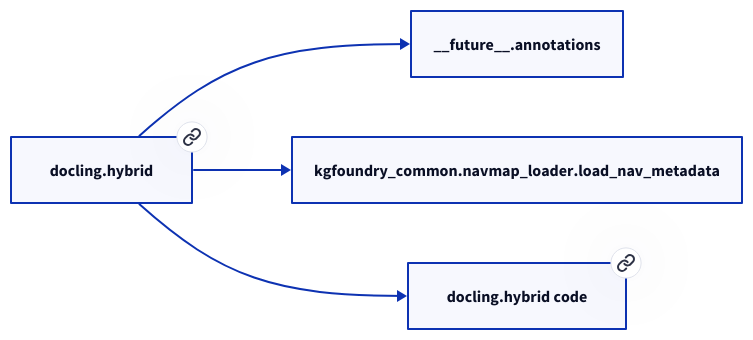
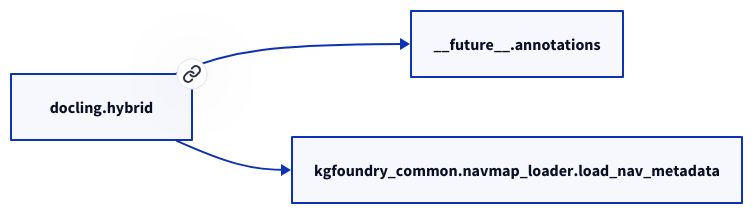
Before and after one commit to paul-heyse/kgforge: the second of 2 diagrams in docs/modules/docling/hybrid.md, drawn with D2. The commit also changed other lines of this file and 118 other files, not shown here.

````diff
--- a/docs/modules/docling/hybrid.md
+++ b/docs/modules/docling/hybrid.md
@@ -34,10 +32,8 @@
 ```d2
 direction: right
-"docling.hybrid": "docling.hybrid" { link: "./docling/hybrid.md" }
+"docling.hybrid": "docling.hybrid" { link: "hybrid.md" }
 "__future__.annotations": "__future__.annotations"
 "docling.hybrid" -> "__future__.annotations"
 "kgfoundry_common.navmap_loader.load_nav_metadata": "kgfoundry_common.navmap_loader.load_nav_metadata"
 "docling.hybrid" -> "kgfoundry_common.navmap_loader.load_nav_metadata"
-"docling.hybrid_code": "docling.hybrid code" { link: "https://github.com/kgfoundry/kgfoundry/blob/main/src/docling/hybrid.py" }
-"docling.hybrid" -> "docling.hybrid_code" { style: dashed }
 ```
````
